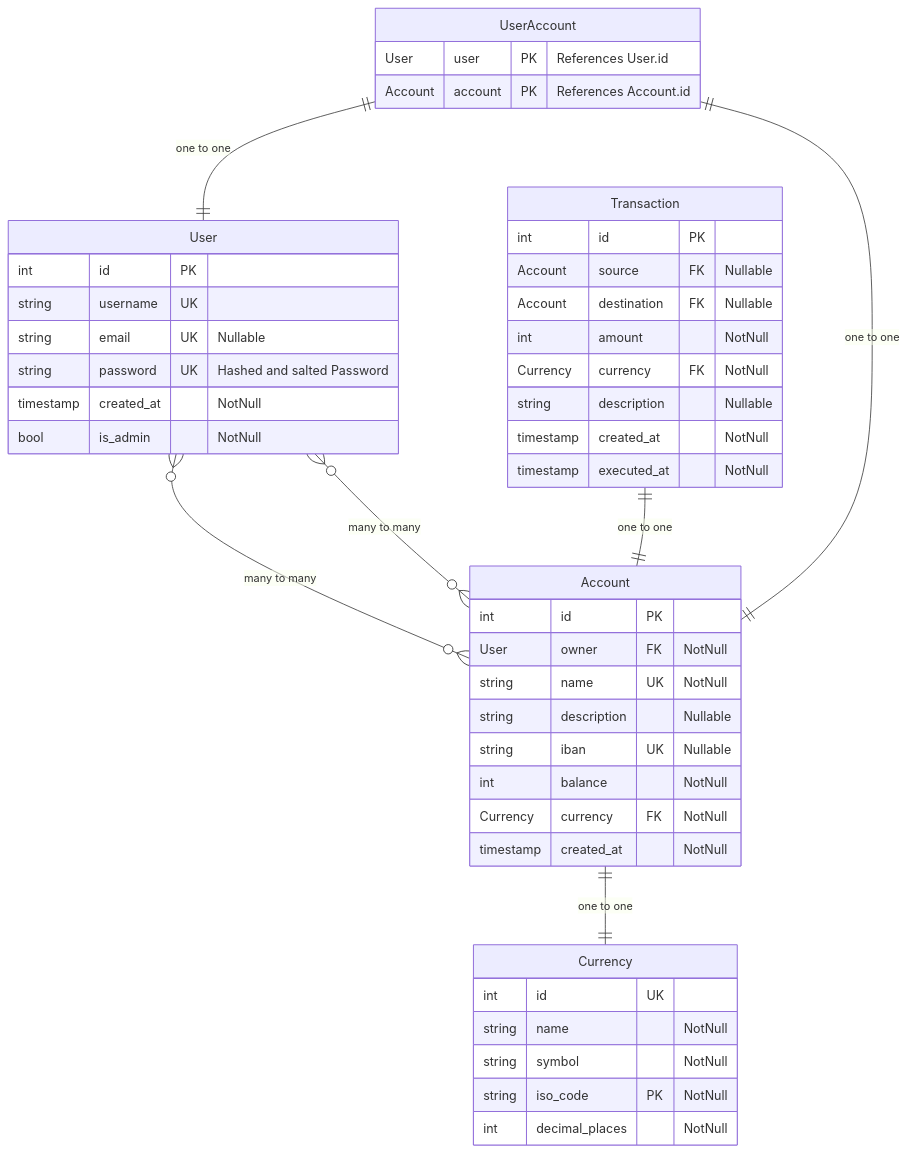
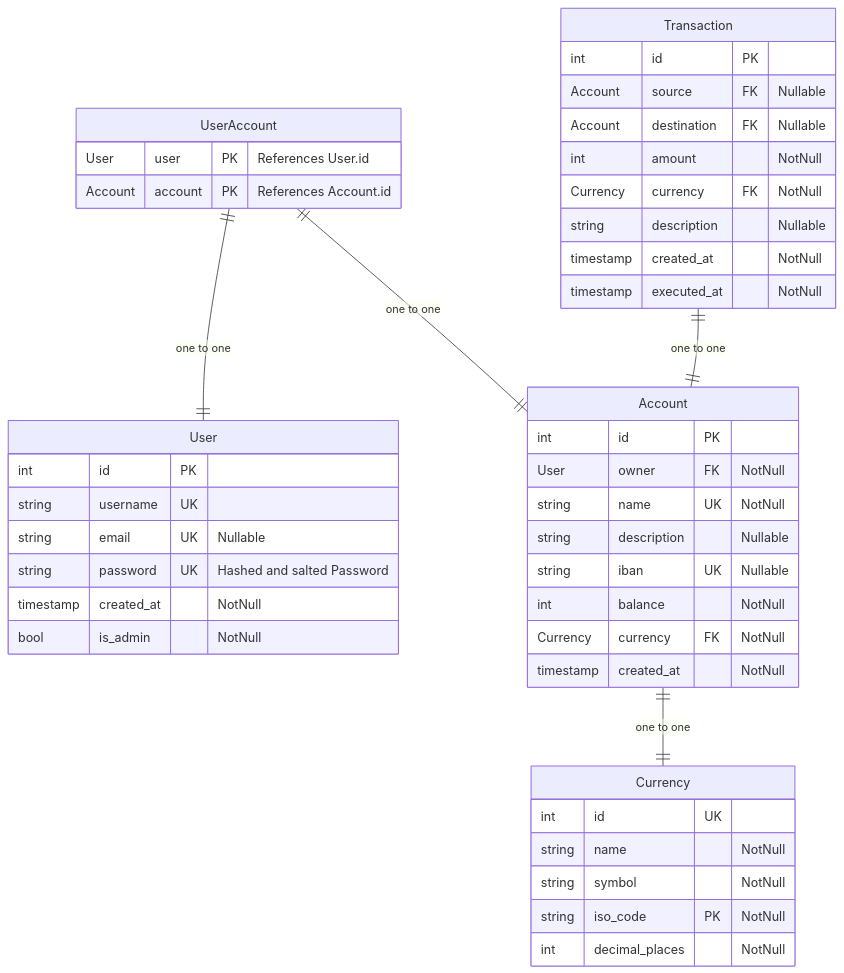
The diagram in src/db/README.md (jt-foss/financrr-app), drawn with Mermaid before and after one commit.

Commit message:
updated er diagram

````diff
--- a/src/db/README.md
+++ b/src/db/README.md
@@ -5,53 +5,51 @@
 ```mermaid
 
 erDiagram
 	Currency {
 		int id UK
 		string name "NotNull"
 		string symbol "NotNull"
 		string iso_code PK "NotNull"
 		int decimal_places "NotNull"
 	}
 
 	User {
 		int id PK
 		string username UK
 		string email UK "Nullable"
 		string password UK "Hashed and salted Password"
 		timestamp created_at "NotNull"
 		bool is_admin "NotNull"
 	}
-	User }o--o{ Account: "many to many"
 
 	Account {
 		int id PK
 		User owner FK "NotNull"
 		string name UK "NotNull"
 		string description "Nullable"
 		string iban UK "Nullable"
 		int balance "NotNull"
 		Currency currency FK "NotNull"
 		timestamp created_at "NotNull"
 	}
-	Account }o--o{ User: "many to many"
 	Account ||--|| Currency: "one to one"
 
 	UserAccount {
 		User user PK "References User.id"
 		Account account PK "References Account.id"
 	}
 	UserAccount ||--|| User: "one to one"
 	UserAccount ||--|| Account: "one to one"
 
 	Transaction {
 		int id PK
 		Account source FK "Nullable"
 		Account destination FK "Nullable"
 		int amount "NotNull"
 		Currency currency FK "NotNull"
 		string description "Nullable"
 		timestamp created_at "NotNull"
 		timestamp executed_at "NotNull"
 	}
 	Transaction ||--|| Account: "one to one"
 ```
````
